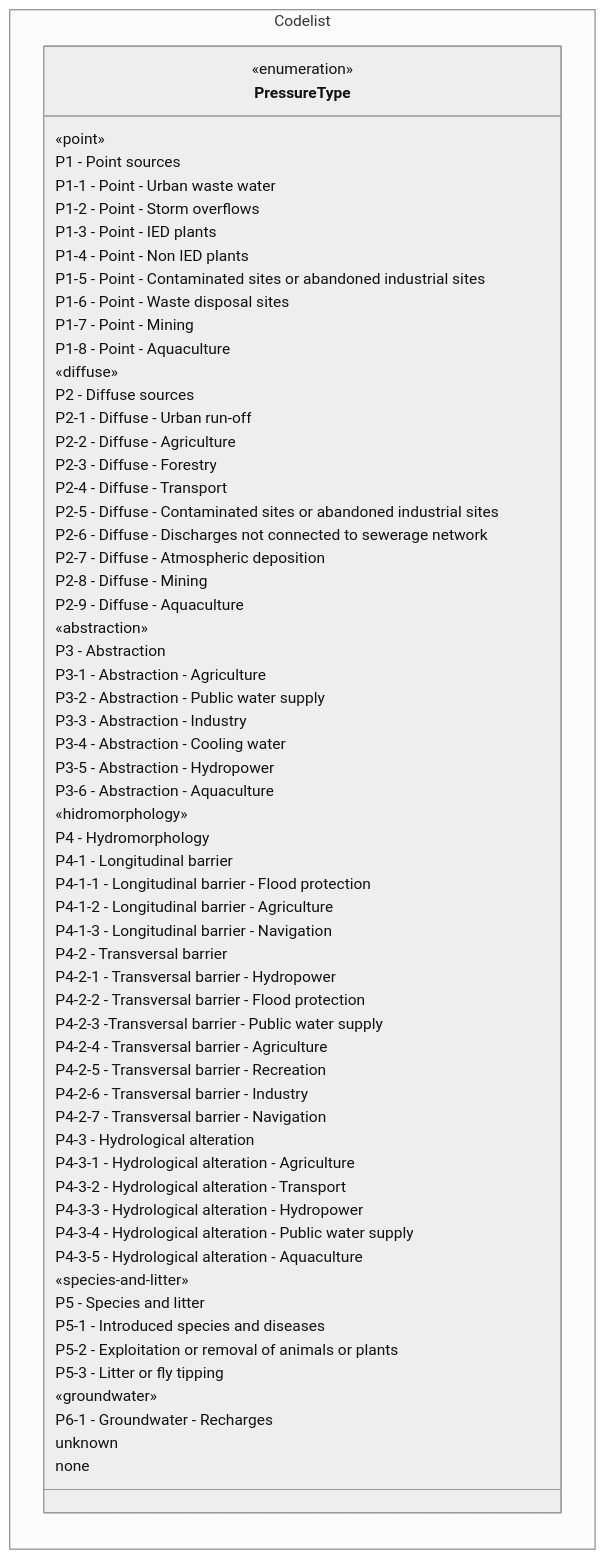
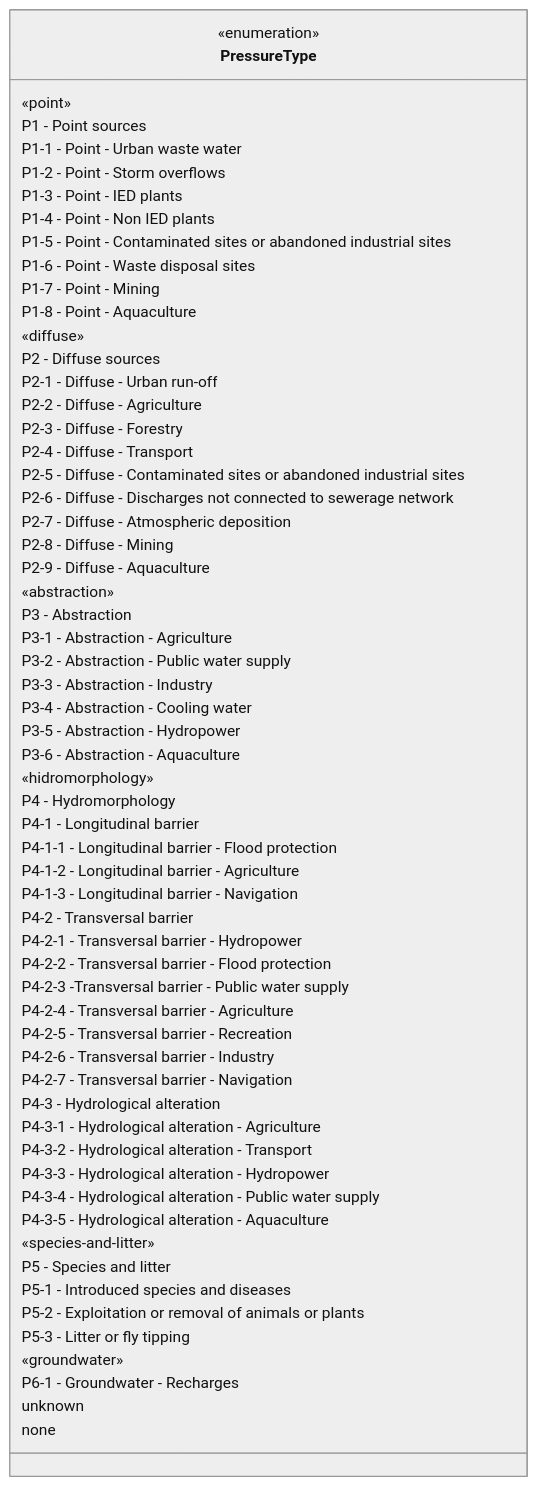
The diagram in docs/DataModelReview/mmd/PressureType_4thCycle_Codelists_ClassDiagram.mmd (eeadata/WISE.WFD.Documentation), drawn with Mermaid before and after one commit. The commit also changed 1 other file, not shown here.

```diff
--- a/docs/DataModelReview/mmd/PressureType_4thCycle_Codelists_ClassDiagram.mmd
+++ b/docs/DataModelReview/mmd/PressureType_4thCycle_Codelists_ClassDiagram.mmd
@@ -1,78 +1,76 @@
 ---
 config:
   class:
     hideEmptyMembersBox: true
   layout: dagre
   theme: neutral
 ---
 classDiagram
 direction LR
-namespace Codelist{
+
 class PressureType{
   <<enumeration>>
 
 «point»
 P1 - Point sources
 P1-1 - Point - Urban waste water
 P1-2 - Point - Storm overflows
 P1-3 - Point - IED plants
 P1-4 - Point - Non IED plants
 P1-5 - Point - Contaminated sites or abandoned industrial sites
 P1-6 - Point - Waste disposal sites
 P1-7 - Point - Mining
 P1-8 - Point - Aquaculture
 
 «diffuse»
 P2 - Diffuse sources
 P2-1 - Diffuse - Urban run-off
 P2-2 - Diffuse - Agriculture
 P2-3 - Diffuse - Forestry
 P2-4 - Diffuse - Transport
 P2-5 - Diffuse - Contaminated sites or abandoned industrial sites
 P2-6 - Diffuse - Discharges not connected to sewerage network
 P2-7 - Diffuse - Atmospheric deposition
 P2-8 - Diffuse - Mining
 P2-9 - Diffuse - Aquaculture
 
 «abstraction»
 P3 - Abstraction
 P3-1 - Abstraction - Agriculture
 P3-2 - Abstraction - Public water supply
 P3-3 - Abstraction - Industry
 P3-4 - Abstraction - Cooling water
 P3-5 - Abstraction - Hydropower
 P3-6 - Abstraction - Aquaculture
 
 «hidromorphology»
 P4 - Hydromorphology
 P4-1 - Longitudinal barrier
 P4-1-1 - Longitudinal barrier - Flood protection
 P4-1-2 - Longitudinal barrier - Agriculture
 P4-1-3 - Longitudinal barrier - Navigation
 P4-2 - Transversal barrier
 P4-2-1 - Transversal barrier - Hydropower
 P4-2-2 - Transversal barrier - Flood protection
 P4-2-3 -Transversal barrier - Public water supply
 P4-2-4 - Transversal barrier - Agriculture
 P4-2-5 - Transversal barrier - Recreation
 P4-2-6 - Transversal barrier - Industry
 P4-2-7 - Transversal barrier - Navigation
 P4-3 - Hydrological alteration
 P4-3-1 - Hydrological alteration - Agriculture
 P4-3-2 - Hydrological alteration - Transport
 P4-3-3 - Hydrological alteration - Hydropower
 P4-3-4 - Hydrological alteration - Public water supply
 P4-3-5 - Hydrological alteration - Aquaculture
 
 «species-and-litter»
 P5 - Species and litter
 P5-1 - Introduced species and diseases
 P5-2 - Exploitation or removal of animals or plants
 P5-3 - Litter or fly tipping
 «groundwater»
 P6-1 - Groundwater - Recharges
 unknown
 none
 }
-
-}
```
